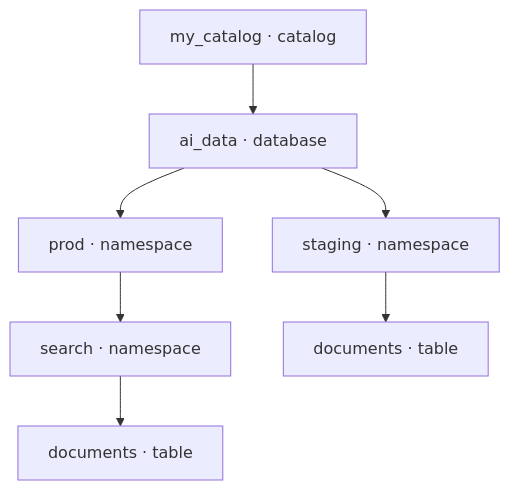
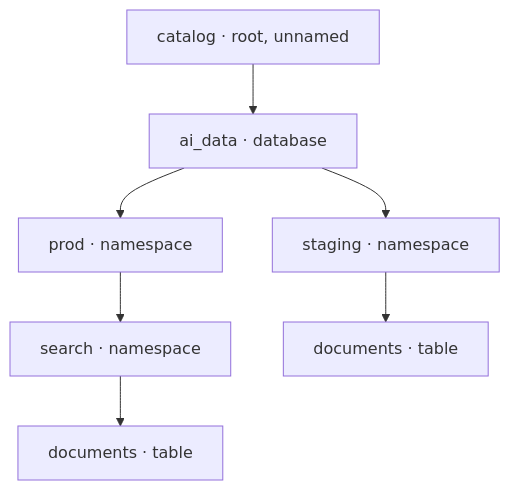
Before and after one commit to lancedb/lancedb: the diagram in docs/web/basics/catalog.mdx, drawn with Mermaid. The commit also changed other lines of this file, not shown here.

First line of the commit message:
docs: the catalog has no name, is identified by endpoint, and is Enterprise-only

````diff
--- a/docs/web/basics/catalog.mdx
+++ b/docs/web/basics/catalog.mdx
@@ -37,9 +42,9 @@
 ```mermaid
 flowchart TD
-    catalog["my_catalog · catalog"] --> database["ai_data · database"]
+    catalog["catalog · root, unnamed"] --> database["ai_data · database"]
     database --> prod["prod · namespace"]
     database --> staging["staging · namespace"]
     prod --> search["search · namespace"]
     search --> search_docs["documents · table"]
     staging --> staging_docs["documents · table"]
 ```
````
